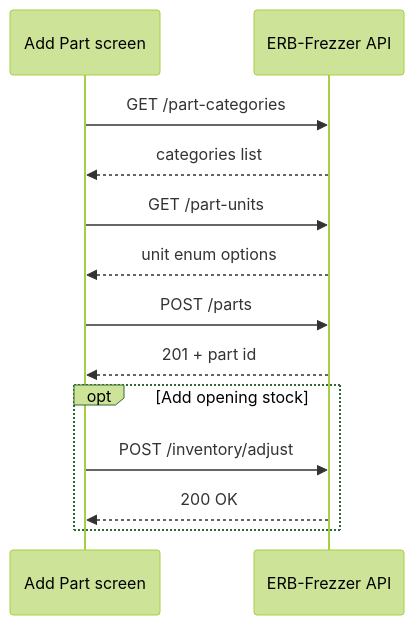
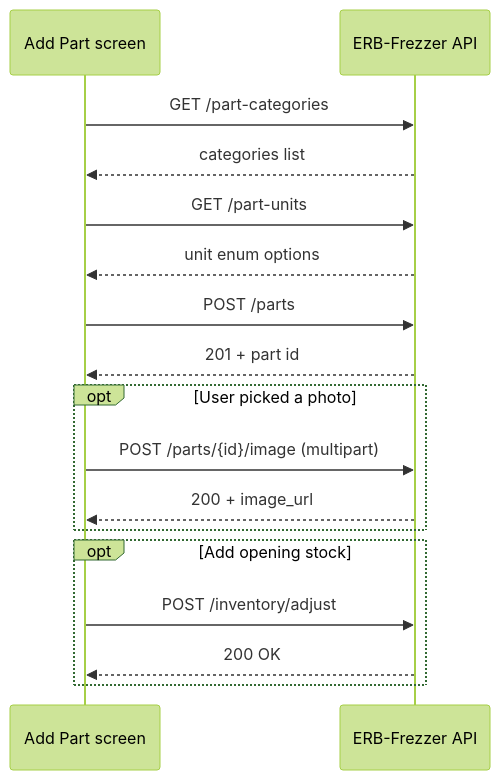
The diagram in docs/flutter-add-part.md (mody258963/ERB-Frezzer), drawn with Mermaid (forest theme) before and after one commit. The commit also changed other lines of this file and 18 other files, not shown here.

````diff
--- a/docs/flutter-add-part.md
+++ b/docs/flutter-add-part.md
@@ -11,16 +11,20 @@
 ```mermaid
 sequenceDiagram
   participant UI as Add Part screen
   participant API as ERB-Frezzer API
 
   UI->>API: GET /part-categories
   API-->>UI: categories list
   UI->>API: GET /part-units
   API-->>UI: unit enum options
   UI->>API: POST /parts
   API-->>UI: 201 + part id
+  opt User picked a photo
+    UI->>API: POST /parts/{id}/image (multipart)
+    API-->>UI: 200 + image_url
+  end
   opt Add opening stock
     UI->>API: POST /inventory/adjust
     API-->>UI: 200 OK
   end
 ```
````
